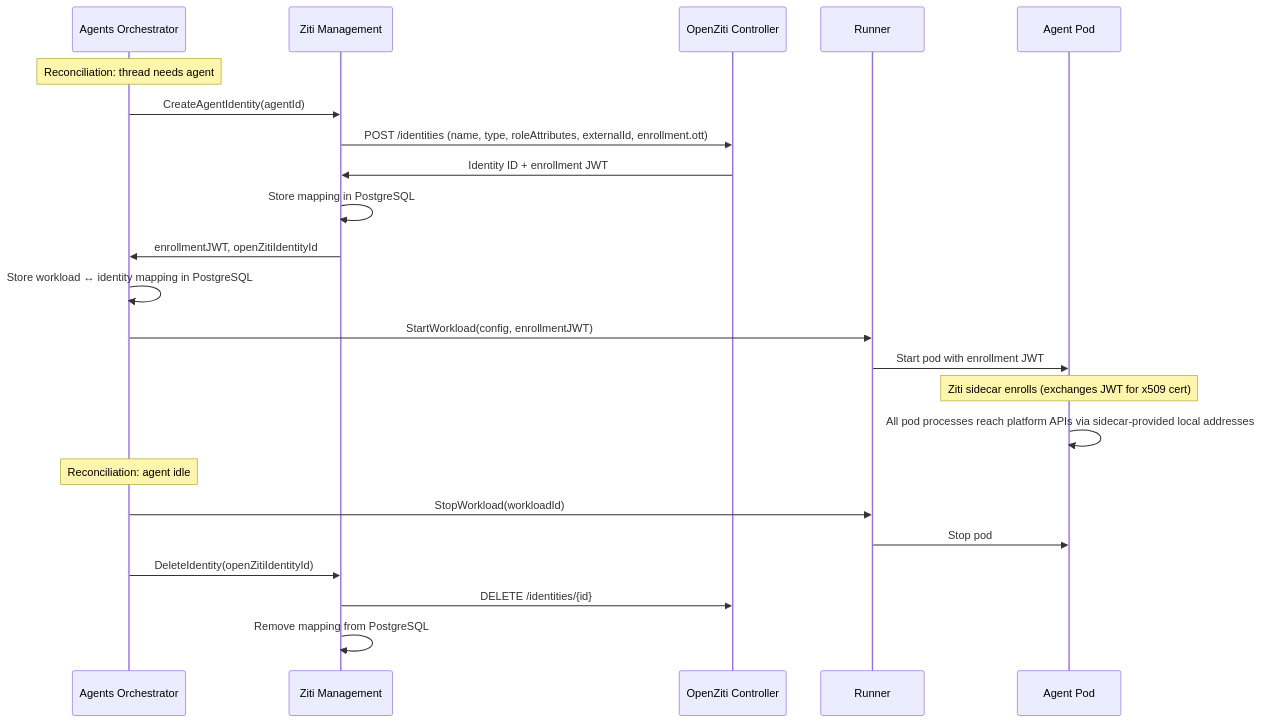
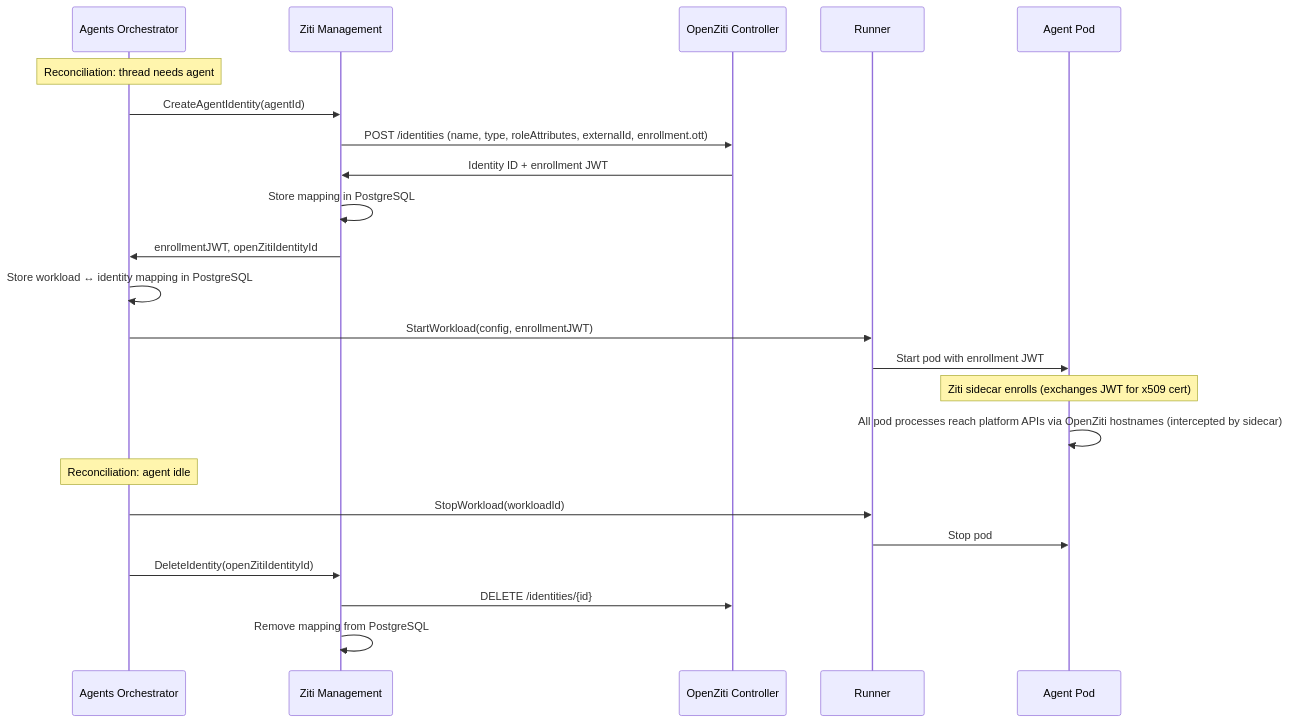
The first of 5 diagrams in architecture/openziti.md (agynio/architecture), drawn with Mermaid before and after one commit. The commit also changed other lines of this file and 5 other files, not shown here.

Commit message:
fix: describe ziti sidecar interception

````diff
--- a/architecture/openziti.md
+++ b/architecture/openziti.md
@@ -102,27 +102,27 @@
 ```mermaid
 sequenceDiagram
     participant O as Agents Orchestrator
     participant ZM as Ziti Management
     participant ZC as OpenZiti Controller
     participant R as Runner
     participant A as Agent Pod
 
     Note over O: Reconciliation: thread needs agent
     O->>ZM: CreateAgentIdentity(agentId)
     ZM->>ZC: POST /identities (name, type, roleAttributes, externalId, enrollment.ott)
     ZC->>ZM: Identity ID + enrollment JWT
     ZM->>ZM: Store mapping in PostgreSQL
     ZM->>O: enrollmentJWT, openZitiIdentityId
     O->>O: Store workload ↔ identity mapping in PostgreSQL
     O->>R: StartWorkload(config, enrollmentJWT)
     R->>A: Start pod with enrollment JWT
     Note over A: Ziti sidecar enrolls (exchanges JWT for x509 cert)
-    A->>A: All pod processes reach platform APIs via sidecar-provided local addresses
+    A->>A: All pod processes reach platform APIs via OpenZiti hostnames (intercepted by sidecar)
 
     Note over O: Reconciliation: agent idle
     O->>R: StopWorkload(workloadId)
     R->>A: Stop pod
     O->>ZM: DeleteIdentity(openZitiIdentityId)
     ZM->>ZC: DELETE /identities/{id}
     ZM->>ZM: Remove mapping from PostgreSQL
 ```
````
